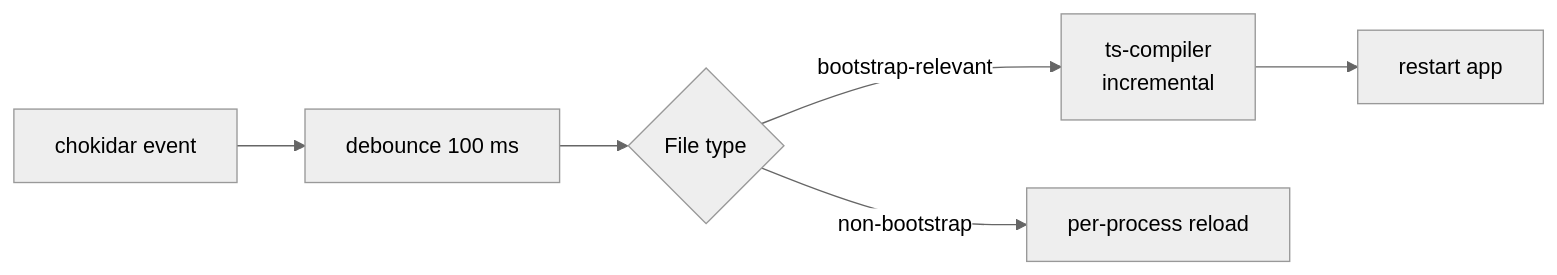
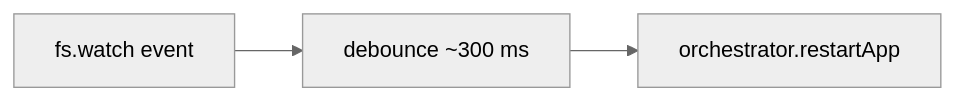
One commit to omnitron-dev/website changed the third of 3 diagrams in docs/omnitron/orchestrator.md. Above: the diagram before and after it, drawn with Mermaid (neutral theme). The commit also changed other lines of this file and 30 other files, not shown here.

````diff
--- a/docs/omnitron/orchestrator.md
+++ b/docs/omnitron/orchestrator.md
@@ -211,9 +220,6 @@
 ```mermaid
 flowchart LR
-  FS[chokidar event]
-  FS --> Debounce[debounce 100 ms]
-  Debounce --> Classify{File type}
-  Classify -- bootstrap-relevant --> Recompile[ts-compiler<br/>incremental]
-  Recompile --> Restart[restart app]
-  Classify -- non-bootstrap --> Reload[per-process reload]
+  FS[fs.watch event]
+  FS --> Debounce[debounce ~300 ms]
+  Debounce --> Restart[orchestrator.restartApp]
 ```
````
